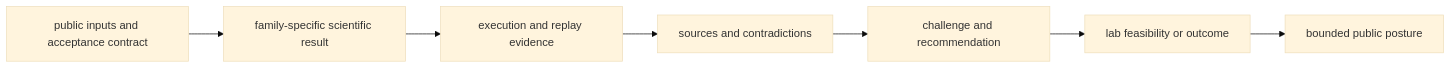
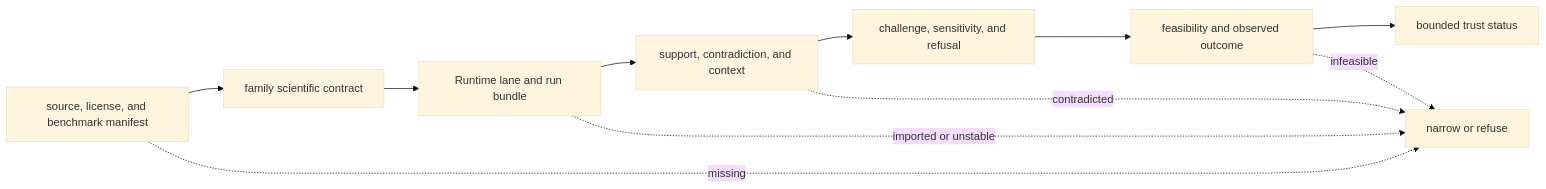
The diagram in docs/01-bijux-proteomics/foundation/workflow-families.md (bijux/bijux-proteomics), drawn with Mermaid (base theme) before and after one commit. The commit also changed other lines of this file and 3 other files, not shown here.

Commit message:
docs(journeys): lead readers from claims to consequence

````diff
--- a/docs/01-bijux-proteomics/foundation/workflow-families.md
+++ b/docs/01-bijux-proteomics/foundation/workflow-families.md
@@ -90,11 +40,13 @@
 ```mermaid
 flowchart LR
-    benchmark["public inputs and acceptance contract"]
-    science["family-specific scientific result"]
-    runtime["execution and replay evidence"]
-    grounding["sources and contradictions"]
-    decision["challenge and recommendation"]
-    consequence["lab feasibility or outcome"]
-    posture["bounded public posture"]
-    benchmark --> science --> runtime --> grounding --> decision --> consequence --> posture
+    asset["source, license, and benchmark manifest"] --> science["family scientific contract"]
+    science --> execution["Runtime lane and run bundle"]
+    execution --> grounding["support, contradiction, and context"]
+    grounding --> judgment["challenge, sensitivity, and refusal"]
+    judgment --> consequence["feasibility and observed outcome"]
+    consequence --> status["bounded trust status"]
+    asset -. missing .-> narrow["narrow or refuse"]
+    execution -. imported or unstable .-> narrow
+    grounding -. contradicted .-> narrow
+    consequence -. infeasible .-> narrow
 ```
````
